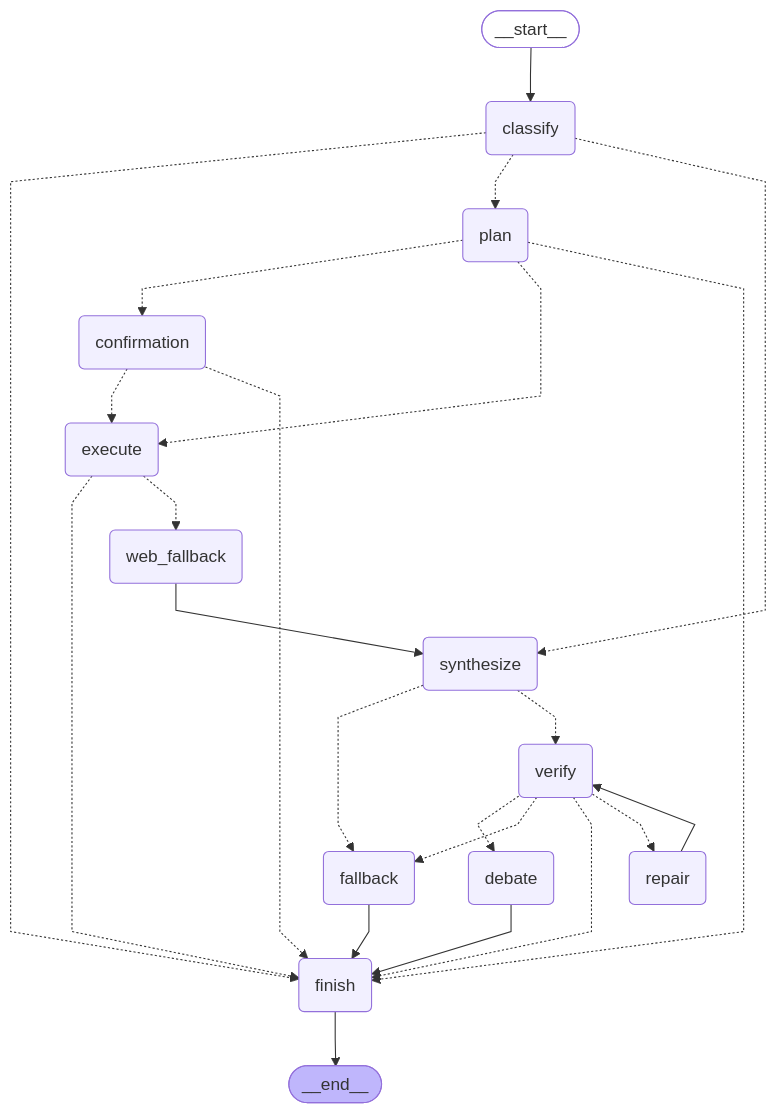
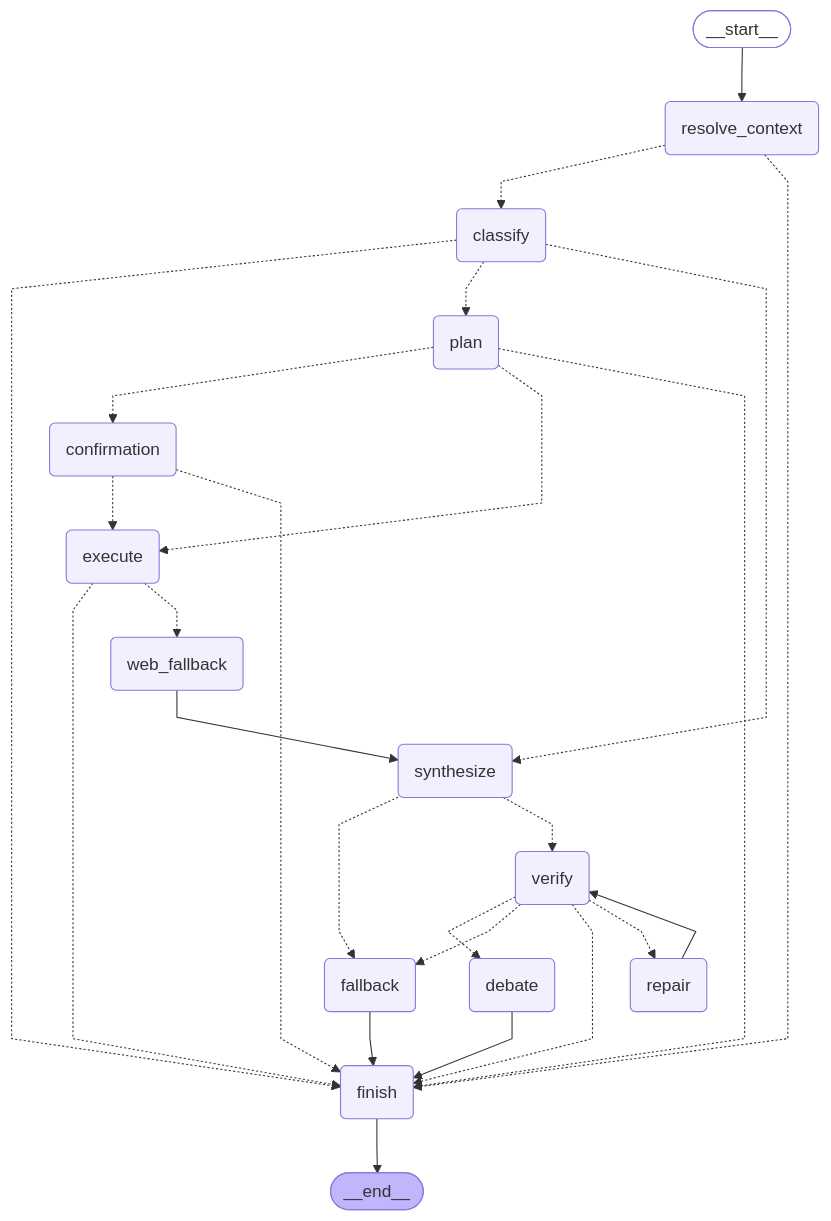
The diagram in v2/agent_v3/architecture.mmd (YuhanWang03/market-intelligence-workbench), drawn with Mermaid before and after one commit. The commit also changed other lines of this file and 2 other files, not shown here.

Commit message:
docs: sync agent v3 diagram and install instructions
- Regenerate architecture.mmd from the compiled graph; it was missing
  the resolve_context entry node and its edges.
- Rename the fallback node to its real name in both README flowcharts.
- Document that requirements-business.lock is generated on Python 3.12
  (scipy==1.18.1) and give the requirements-business.in path for 3.11.

```diff
--- a/v2/agent_v3/architecture.mmd
+++ b/v2/agent_v3/architecture.mmd
@@ -1,44 +1,47 @@
 ---
 config:
   flowchart:
     curve: linear
 ---
 graph TD;
 	__start__([<p>__start__</p>]):::first
+	resolve_context(resolve_context)
 	classify(classify)
 	plan(plan)
 	execute(execute)
 	web_fallback(web_fallback)
 	synthesize(synthesize)
 	verify(verify)
 	repair(repair)
 	fallback(fallback)
 	debate(debate)
 	finish(finish)
 	confirmation(confirmation)
 	__end__([<p>__end__</p>]):::last
-	__start__ --> classify;
+	__start__ --> resolve_context;
 	classify -.-> finish;
 	classify -.-> plan;
 	classify -.-> synthesize;
 	confirmation -.-> execute;
 	confirmation -.-> finish;
 	debate --> finish;
 	execute -.-> finish;
 	execute -.-> web_fallback;
 	fallback --> finish;
 	plan -.-> confirmation;
 	plan -.-> execute;
 	plan -.-> finish;
 	repair --> verify;
+	resolve_context -.-> classify;
+	resolve_context -.-> finish;
 	synthesize -.-> fallback;
 	synthesize -.-> verify;
 	verify -.-> debate;
 	verify -.-> fallback;
 	verify -.-> finish;
 	verify -.-> repair;
 	web_fallback --> synthesize;
 	finish --> __end__;
 	classDef default fill:#f2f0ff,line-height:1.2
 	classDef first fill-opacity:0
 	classDef last fill:#bfb6fc
```
